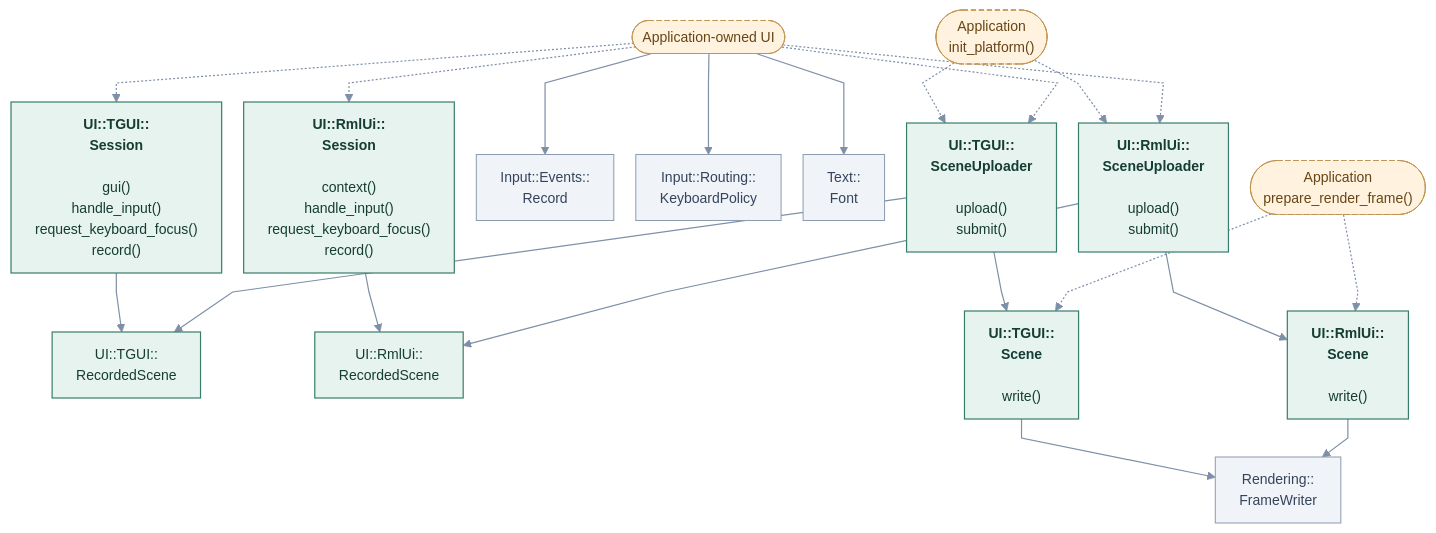
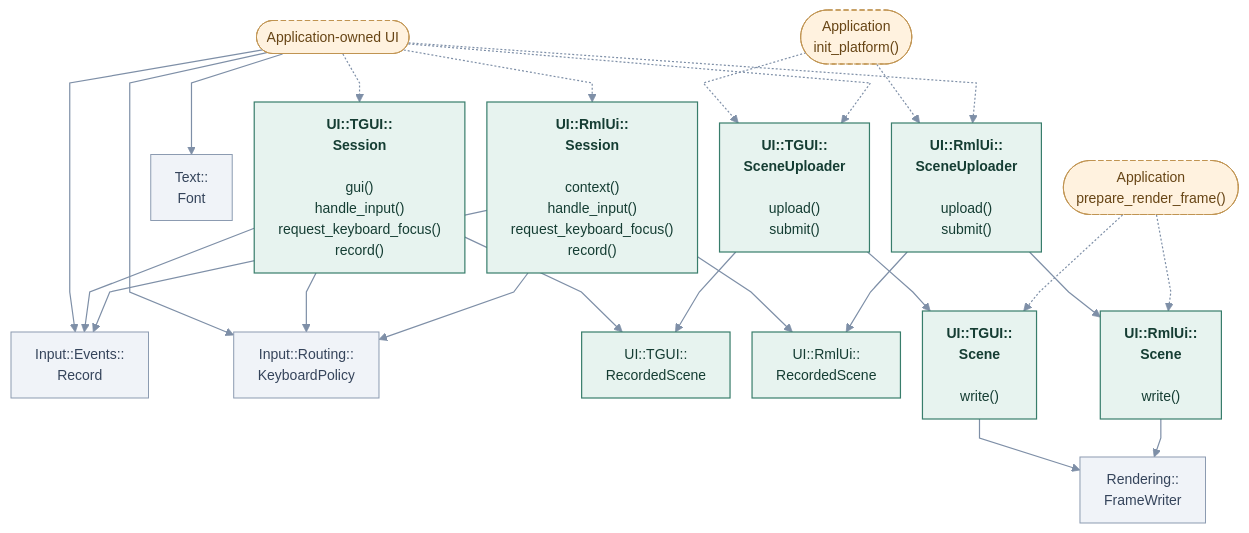
The diagram in docs/site/engine-systems/diagrams/gui-application.mmd (cppcooper/cheryl-engine), drawn with Mermaid before and after one commit. The commit also changed 15 other files, not shown here.

```diff
--- a/docs/site/engine-systems/diagrams/gui-application.mmd
+++ b/docs/site/engine-systems/diagrams/gui-application.mmd
@@ -1,55 +1,59 @@
 ---
 config:
   theme: base
   themeVariables:
     fontFamily: system-ui, sans-serif
     fontSize: 14px
   flowchart:
     htmlLabels: true
     curve: linear
     nodeSpacing: 22
     rankSpacing: 38
     padding: 12
 ---
 flowchart TB
     accTitle: GUI · application-owned sessions and publication
     accDescr: Arrows point toward the API or type used, not call order or data flow. Methods beneath type names are selected application entry points; Implement hooks marks engine-invoked overrides. Dashed arrows mark optional choices.
     k0(["Application-owned UI"]):::app
     k1["<b>UI::TGUI::<br/>Session</b><br/><br/>gui()<br/>handle_input()<br/>request_keyboard_focus()<br/>record()"]:::focal
     k2["<b>UI::RmlUi::<br/>Session</b><br/><br/>context()<br/>handle_input()<br/>request_keyboard_focus()<br/>record()"]:::focal
     k3["Input::Events::<br/>Record"]:::neighbor
     k4["Input::Routing::<br/>KeyboardPolicy"]:::neighbor
     k5["Text::<br/>Font"]:::neighbor
     k6["UI::TGUI::<br/>RecordedScene"]:::focal
     k7["UI::RmlUi::<br/>RecordedScene"]:::focal
     k8(["Application<br/>init_platform()"]):::app
     k9["<b>UI::TGUI::<br/>SceneUploader</b><br/><br/>upload()<br/>submit()"]:::focal
     k10["<b>UI::RmlUi::<br/>SceneUploader</b><br/><br/>upload()<br/>submit()"]:::focal
     k11["<b>UI::TGUI::<br/>Scene</b><br/><br/>write()"]:::focal
     k12["<b>UI::RmlUi::<br/>Scene</b><br/><br/>write()"]:::focal
     k13(["Application<br/>prepare_render_frame()"]):::app
     k14["Rendering::<br/>FrameWriter"]:::neighbor
     k0 -.-> k1
     k0 -.-> k2
     k0 --> k3
     k0 --> k4
     k0 --> k5
     k1 --> k6
     k2 --> k7
     k8 -.-> k9
     k8 -.-> k10
     k9 --> k11
     k10 --> k12
     k13 -.-> k11
     k13 -.-> k12
     k11 --> k14
     k12 --> k14
     k9 --> k6
     k0 -.-> k9
     k10 --> k7
     k0 -.-> k10
+    k1 --> k3
+    k1 --> k4
+    k2 --> k3
+    k2 --> k4
     classDef focal fill:#e7f3ef,stroke:#387d6b,color:#153d33,stroke-width:1.2px
     classDef neighbor fill:#f0f3f8,stroke:#8c9bb1,color:#35445b,stroke-width:1px
     classDef app fill:#fff2df,stroke:#c09452,color:#674515,stroke-dasharray:5 3
     classDef system fill:#eaf0fc,stroke:#617fab,color:#263f69,stroke-width:1.2px
     linkStyle default stroke:#7e8fa7,stroke-width:1.2px
```
